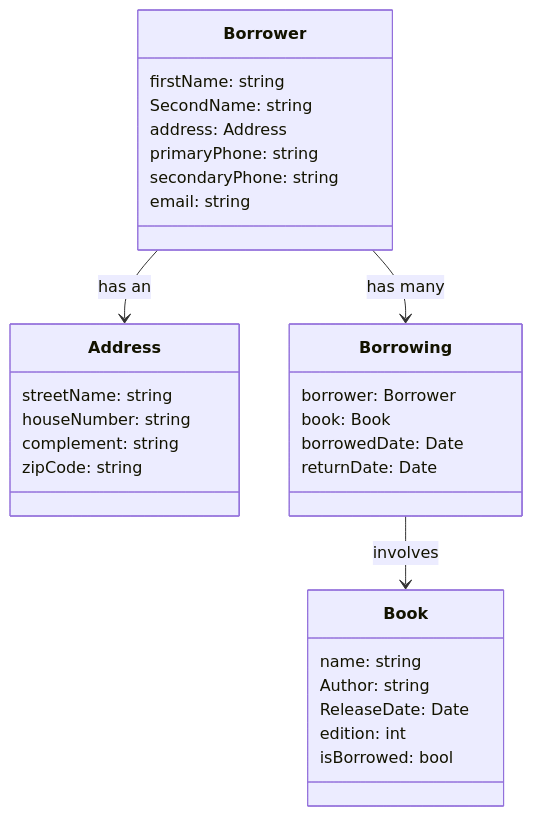
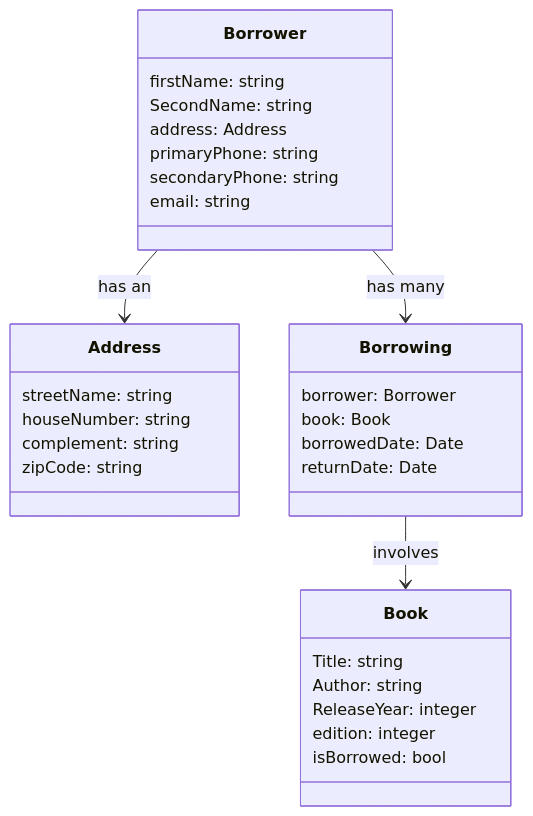
The diagram in readme.md (Diolemos/libraryAPI), drawn with Mermaid before and after one commit.

Commit message:
update readme.md This changes the Book oject in the  mermaid diagram.

````diff
--- a/readme.md
+++ b/readme.md
@@ -20,37 +20,37 @@
 ```mermaid
 classDiagram
     class Book {
-        name: string
+        Title: string
         Author: string
-        ReleaseDate: Date
-        edition: int
+        ReleaseYear: integer
+        edition: integer
         isBorrowed: bool
     }
     
     class Borrower {
         firstName: string
         SecondName: string
         address: Address
         primaryPhone: string
         secondaryPhone: string
         email: string
     }
 
     class Address {
         streetName: string
         houseNumber: string
         complement: string
         zipCode: string
     }
 
     class Borrowing {
         borrower: Borrower
         book: Book
         borrowedDate: Date
         returnDate: Date
     }
 
     Borrower --> Address : has an
     Borrower --> Borrowing : has many
     Borrowing --> Book : involves
 ```
````
